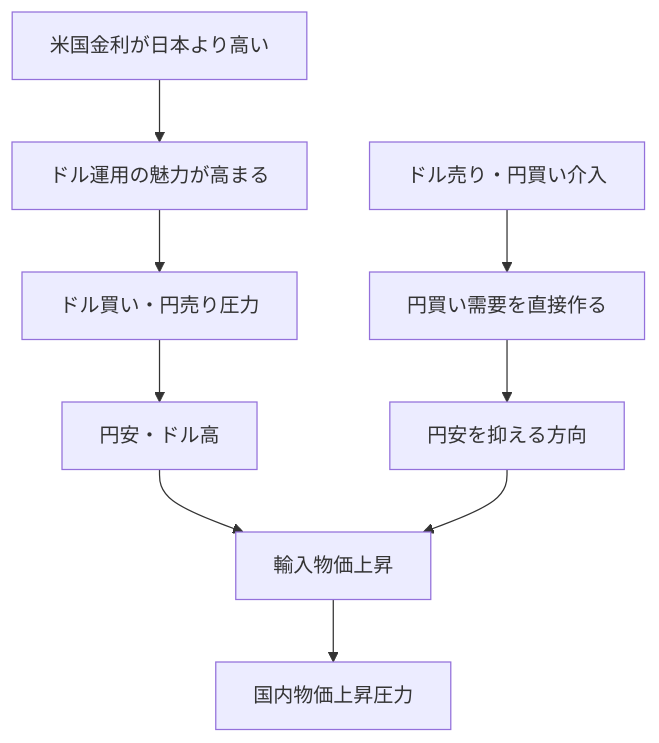
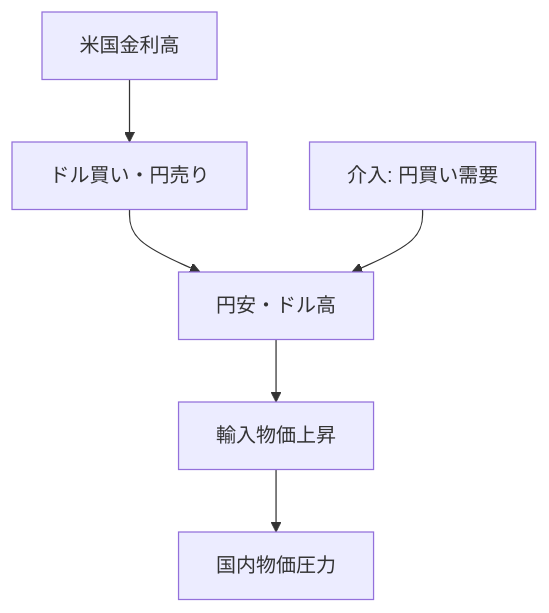
The fourth of 5 diagrams in src/content/blog/interest-rate-policy-primer.mdx (daylight55/research), drawn with Mermaid before and after one commit. The commit also changed other lines of this file and 20 other files, not shown here.

Commit message:
Mermaid図の表示サイズを調整

````diff
--- a/src/content/blog/interest-rate-policy-primer.mdx
+++ b/src/content/blog/interest-rate-policy-primer.mdx
@@ -151,12 +131,9 @@
 ```mermaid
 flowchart TB
-  A["米国金利が日本より高い"] --> B["ドル運用の魅力が高まる"]
-  B --> C["ドル買い・円売り圧力"]
-  C --> D["円安・ドル高"]
-  D --> E["輸入物価上昇"]
-  E --> F["国内物価上昇圧力"]
+  A["米国金利高"] --> B["ドル買い・円売り"]
+  B --> C["円安・ドル高"]
+  C --> D["輸入物価上昇"]
+  D --> E["国内物価圧力"]
 
-  G["ドル売り・円買い介入"] --> H["円買い需要を直接作る"]
-  H --> I["円安を抑える方向"]
-  I --> E
+  F["介入: 円買い需要"] --> C
 ```
````
